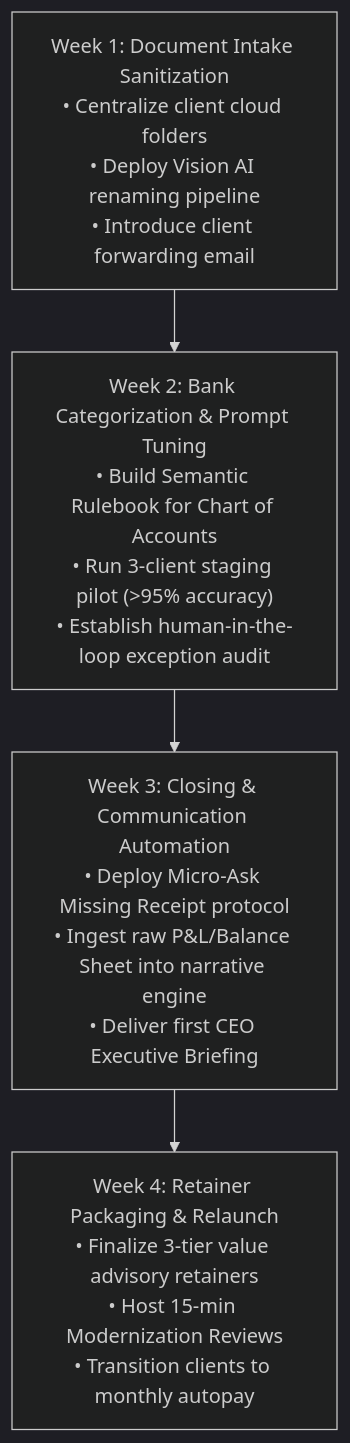
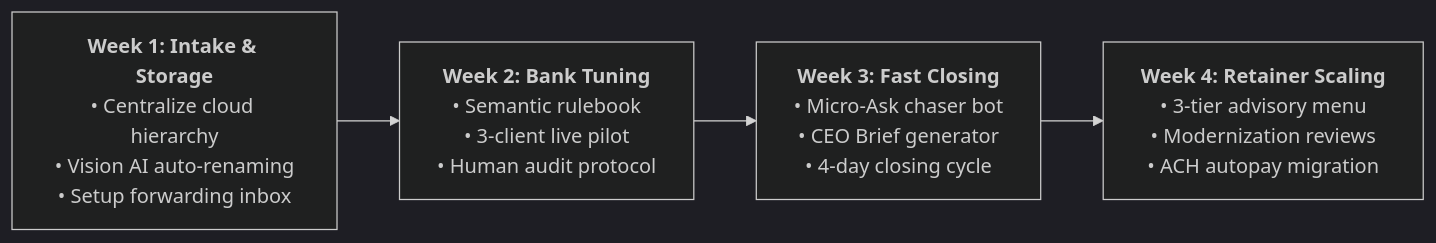
The seventh of 7 diagrams in ebooks/the_ai_powered_accountant/the_ai_powered_accountant_manuscript.md (Kozy04/Buzz), drawn with Mermaid (dark theme) before and after one commit. The commit also changed 8 other files, not shown here.

````diff
--- a/ebooks/the_ai_powered_accountant/the_ai_powered_accountant_manuscript.md
+++ b/ebooks/the_ai_powered_accountant/the_ai_powered_accountant_manuscript.md
@@ -507,7 +507,5 @@
 ```mermaid
-flowchart TD
-    W1["Week 1: Document Intake Sanitization<br/>• Centralize client cloud folders<br/>• Deploy Vision AI renaming pipeline<br/>• Introduce client forwarding email"]
-    --> W2["Week 2: Bank Categorization & Prompt Tuning<br/>• Build Semantic Rulebook for Chart of Accounts<br/>• Run 3-client staging pilot (>95% accuracy)<br/>• Establish human-in-the-loop exception audit"]
-    --> W3["Week 3: Closing & Communication Automation<br/>• Deploy Micro-Ask Missing Receipt protocol<br/>• Ingest raw P&L/Balance Sheet into narrative engine<br/>• Deliver first CEO Executive Briefing"]
-    --> W4["Week 4: Retainer Packaging & Relaunch<br/>• Finalize 3-tier value advisory retainers<br/>• Host 15-min Modernization Reviews<br/>• Transition clients to monthly autopay"]
+flowchart LR
+    W1["<b>Week 1: Intake & Storage</b><br/>• Centralize cloud hierarchy<br/>• Vision AI auto-renaming<br/>• Setup forwarding inbox"] --> W2["<b>Week 2: Bank Tuning</b><br/>• Semantic rulebook<br/>• 3-client live pilot<br/>• Human audit protocol"]
+    W2 --> W3["<b>Week 3: Fast Closing</b><br/>• Micro-Ask chaser bot<br/>• CEO Brief generator<br/>• 4-day closing cycle"] --> W4["<b>Week 4: Retainer Scaling</b><br/>• 3-tier advisory menu<br/>• Modernization reviews<br/>• ACH autopay migration"]
 ```
````
